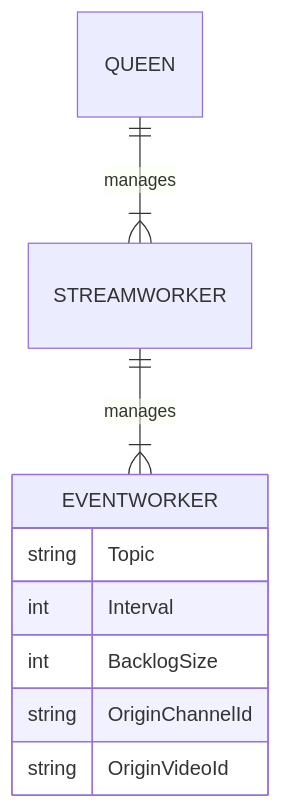
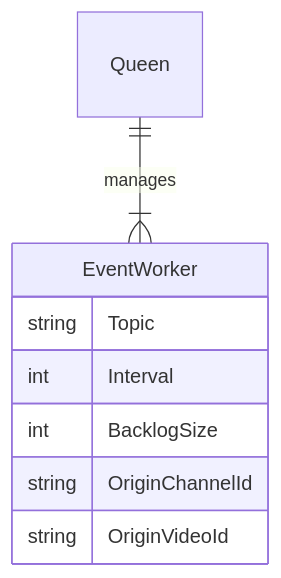
One commit to sigvt/fakebee changed the diagram in README.md. Above: the diagram before and after it, drawn with Mermaid. The commit also changed other lines of this file and 2 other files, not shown here.

Commit message:
Implement nicer event worker

````diff
--- a/README.md
+++ b/README.md
@@ -11,13 +16,12 @@
 ```mermaid
 erDiagram
-		QUEEN ||--|{ STREAMWORKER : manages
-		STREAMWORKER ||--|{ EVENTWORKER: manages
+		Queen ||--|{ EventWorker: manages
 
-		EVENTWORKER {
+		EventWorker {
 			string Topic
 			int Interval
 			int BacklogSize
 			string OriginChannelId
 			string OriginVideoId
 		}
 ```
````
